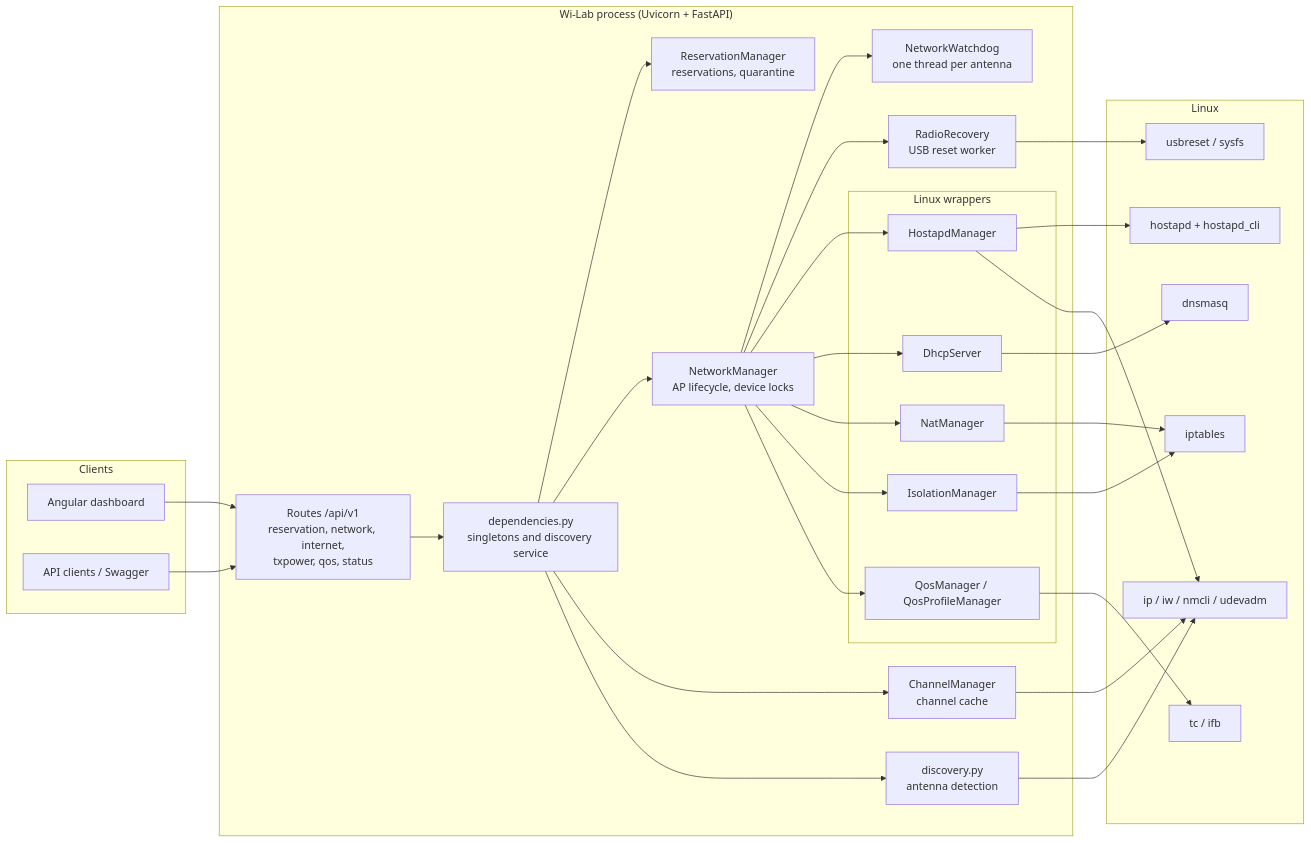
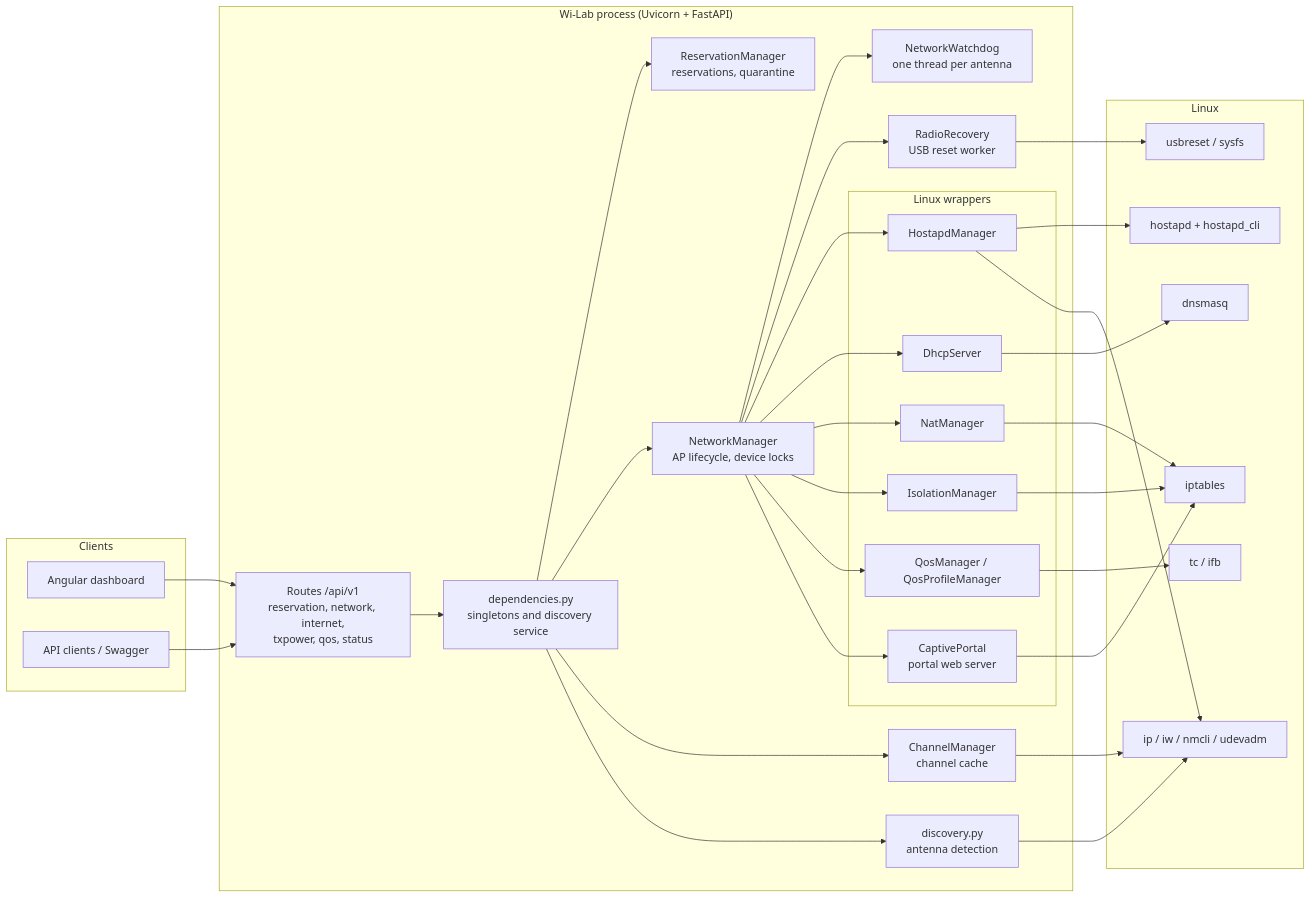
One commit to caporalesimone/wi-lab changed the first of 13 diagrams in docs/architecture.md. Above: the diagram before and after it, drawn with Mermaid. The commit also changed other lines of this file and 15 other files, not shown here.

First line of the commit message:
feat(network): add optional captive portal to AP creation

````diff
--- a/docs/architecture.md
+++ b/docs/architecture.md
@@ -15,58 +15,61 @@
 ```mermaid
 flowchart LR
     subgraph Clients
         UI["Angular dashboard"]
         API["API clients / Swagger"]
     end
 
     subgraph Process["Wi-Lab process (Uvicorn + FastAPI)"]
         R["Routes /api/v1<br/>reservation, network, internet,<br/>txpower, qos, status"]
         D["dependencies.py<br/>singletons and discovery service"]
         RM["ReservationManager<br/>reservations, quarantine"]
         NM["NetworkManager<br/>AP lifecycle, device locks"]
         WD["NetworkWatchdog<br/>one thread per antenna"]
         RR["RadioRecovery<br/>USB reset worker"]
         CM["ChannelManager<br/>channel cache"]
         DISC["discovery.py<br/>antenna detection"]
         subgraph Drivers["Linux wrappers"]
             HA["HostapdManager"]
             DH["DhcpServer"]
             NAT["NatManager"]
             ISO["IsolationManager"]
             QOS["QosManager / QosProfileManager"]
+            CP["CaptivePortal<br/>portal web server"]
         end
     end
 
     subgraph Linux
         HOSTAPD["hostapd + hostapd_cli"]
         DNSMASQ["dnsmasq"]
         IPT["iptables"]
         TC["tc / ifb"]
         IPIW["ip / iw / nmcli / udevadm"]
         USB["usbreset / sysfs"]
     end
 
     UI --> R
     API --> R
     R --> D
     D --> RM
     D --> NM
     D --> CM
     D --> DISC
     NM --> WD
     NM --> RR
     NM --> HA
     NM --> DH
     NM --> NAT
     NM --> ISO
     NM --> QOS
+    NM --> CP
     HA --> HOSTAPD
     HA --> IPIW
     DH --> DNSMASQ
     NAT --> IPT
     ISO --> IPT
+    CP --> IPT
     QOS --> TC
     DISC --> IPIW
     CM --> IPIW
     RR --> USB
 ```
````
